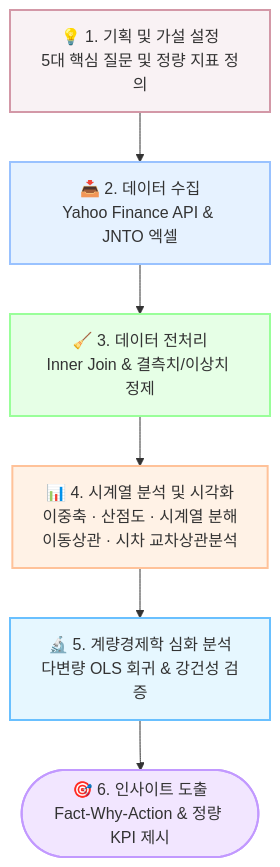
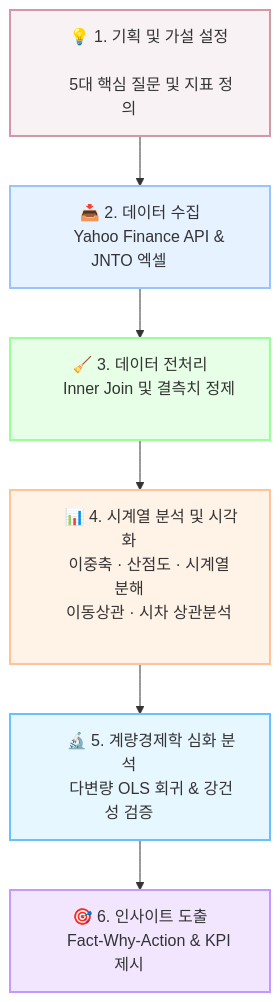
Before and after one commit to mustiolla/japan-travel-analysis: the diagram in README.md, drawn with Mermaid. The commit also changed 1 other file, not shown here.

Commit message:
fix: Mermaid 한글 폭 계산 버그 해결을 위한 좌우 여백(nbsp) 패딩 추가

````diff
--- a/README.md
+++ b/README.md
@@ -14,15 +14,15 @@
 ```mermaid
 flowchart TD
-    A["💡 1. 기획 및 가설 설정<br>5대 핵심 질문 및 정량 지표 정의"] --> B["📥 2. 데이터 수집<br>Yahoo Finance API & JNTO 엑셀"]
-    B --> C["🧹 3. 데이터 전처리<br>Inner Join & 결측치/이상치 정제"]
-    C --> D["📊 4. 시계열 분석 및 시각화<br>이중축 · 산점도 · 시계열 분해<br>이동상관 · 시차 교차상관분석"]
-    D --> E["🔬 5. 계량경제학 심화 분석<br>다변량 OLS 회귀 & 강건성 검증"]
-    E --> F(["🎯 6. 인사이트 도출<br>Fact-Why-Action & 정량 KPI 제시"])
+    A["&nbsp;&nbsp;&nbsp;&nbsp; 💡 1. 기획 및 가설 설정 &nbsp;&nbsp;&nbsp;&nbsp;<br>&nbsp;&nbsp;&nbsp;&nbsp; 5대 핵심 질문 및 지표 정의 &nbsp;&nbsp;&nbsp;&nbsp;"] --> B["&nbsp;&nbsp;&nbsp;&nbsp; 📥 2. 데이터 수집 &nbsp;&nbsp;&nbsp;&nbsp;<br>&nbsp;&nbsp;&nbsp;&nbsp; Yahoo Finance API & JNTO 엑셀 &nbsp;&nbsp;&nbsp;&nbsp;"]
+    B --> C["&nbsp;&nbsp;&nbsp;&nbsp; 🧹 3. 데이터 전처리 &nbsp;&nbsp;&nbsp;&nbsp;<br>&nbsp;&nbsp;&nbsp;&nbsp; Inner Join 및 결측치 정제 &nbsp;&nbsp;&nbsp;&nbsp;"]
+    C --> D["&nbsp;&nbsp;&nbsp;&nbsp; 📊 4. 시계열 분석 및 시각화 &nbsp;&nbsp;&nbsp;&nbsp;<br>&nbsp;&nbsp;&nbsp;&nbsp; 이중축 · 산점도 · 시계열 분해 &nbsp;&nbsp;&nbsp;&nbsp;<br>&nbsp;&nbsp;&nbsp;&nbsp; 이동상관 · 시차 상관분석 &nbsp;&nbsp;&nbsp;&nbsp;"]
+    D --> E["&nbsp;&nbsp;&nbsp;&nbsp; 🔬 5. 계량경제학 심화 분석 &nbsp;&nbsp;&nbsp;&nbsp;<br>&nbsp;&nbsp;&nbsp;&nbsp; 다변량 OLS 회귀 & 강건성 검증 &nbsp;&nbsp;&nbsp;&nbsp;"]
+    E --> F["&nbsp;&nbsp;&nbsp;&nbsp; 🎯 6. 인사이트 도출 &nbsp;&nbsp;&nbsp;&nbsp;<br>&nbsp;&nbsp;&nbsp;&nbsp; Fact-Why-Action & KPI 제시 &nbsp;&nbsp;&nbsp;&nbsp;"]
 
     style A fill:#f9f2f4,stroke:#d398a7,stroke-width:2px
     style B fill:#e6f2ff,stroke:#99c2ff,stroke-width:2px
     style C fill:#e6ffe6,stroke:#99ff99,stroke-width:2px
     style D fill:#fff2e6,stroke:#ffc299,stroke-width:2px
     style E fill:#e6f7ff,stroke:#69c0ff,stroke-width:2px
     style F fill:#f2e6ff,stroke:#c299ff,stroke-width:2px
 ```
````
